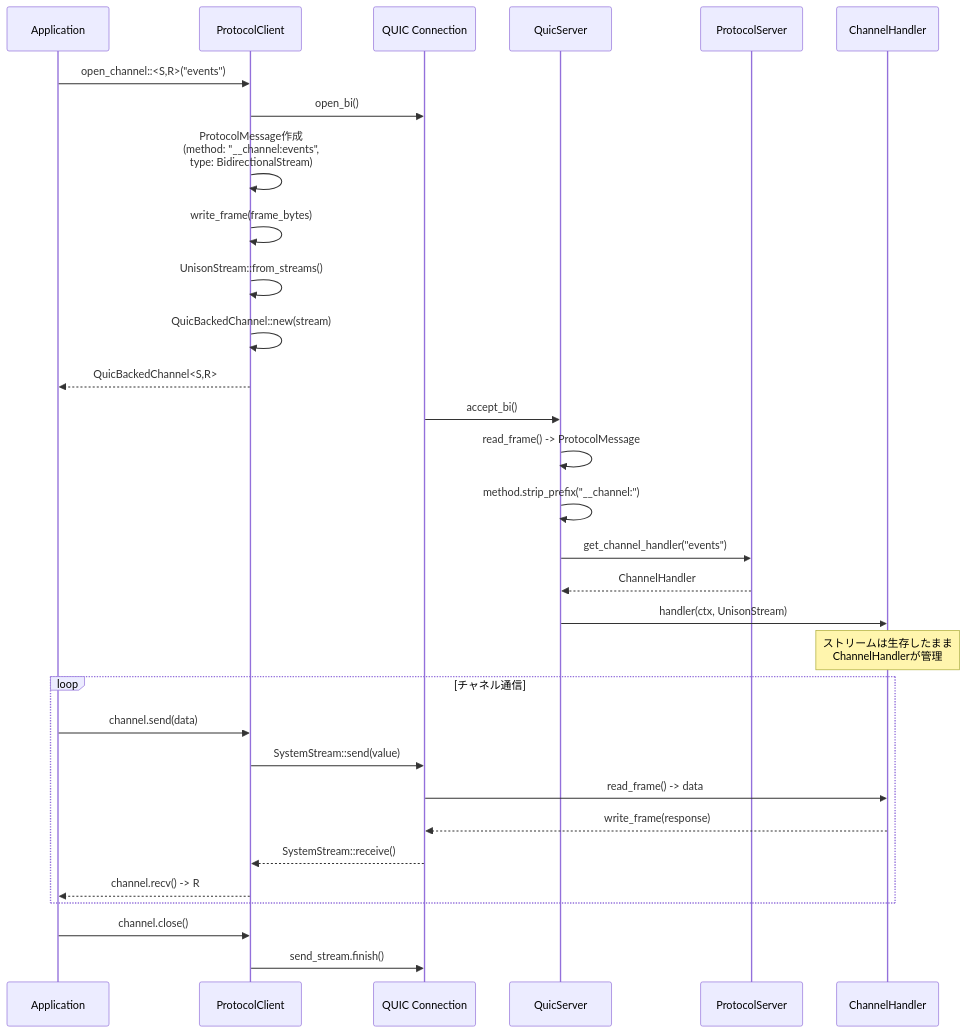
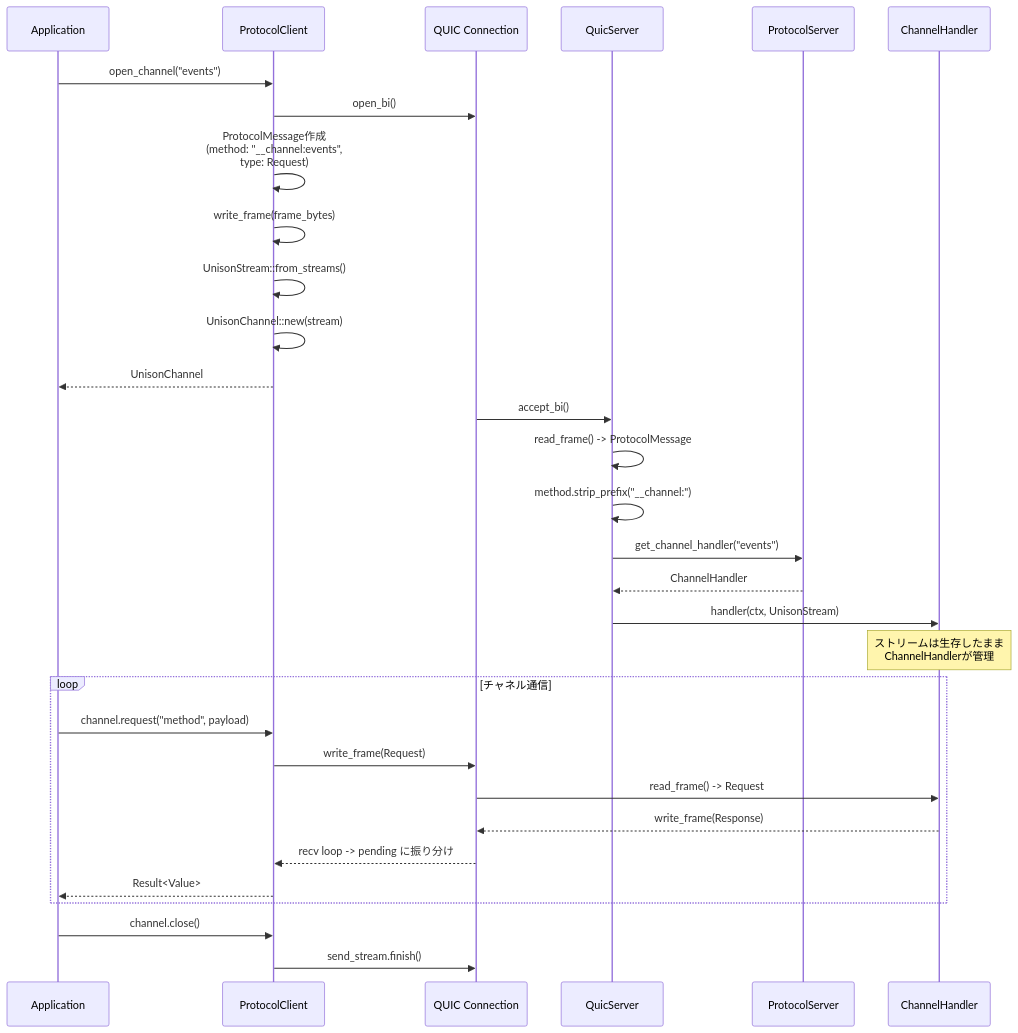
One commit to chronista-club/unison changed the third of 5 diagrams in design/architecture.md. Above: the diagram before and after it, drawn with Mermaid. The commit also changed other lines of this file and 33 other files, not shown here.

````diff
--- a/design/architecture.md
+++ b/design/architecture.md
@@ -196,39 +191,39 @@
 ```mermaid
 sequenceDiagram
     participant App as Application
     participant PC as ProtocolClient
     participant Net as QUIC Connection
     participant QS as QuicServer
     participant PS as ProtocolServer
     participant CH as ChannelHandler
 
-    App->>PC: open_channel::<S,R>("events")
+    App->>PC: open_channel("events")
 
     PC->>Net: open_bi()
-    PC->>PC: ProtocolMessage作成<br/>(method: "__channel:events",<br/>type: BidirectionalStream)
+    PC->>PC: ProtocolMessage作成<br/>(method: "__channel:events",<br/>type: Request)
     PC->>PC: write_frame(frame_bytes)
     PC->>PC: UnisonStream::from_streams()
-    PC->>PC: QuicBackedChannel::new(stream)
-    PC-->>App: QuicBackedChannel<S,R>
+    PC->>PC: UnisonChannel::new(stream)
+    PC-->>App: UnisonChannel
 
     Net->>QS: accept_bi()
     QS->>QS: read_frame() -> ProtocolMessage
     QS->>QS: method.strip_prefix("__channel:")
     QS->>PS: get_channel_handler("events")
     PS-->>QS: ChannelHandler
 
     QS->>CH: handler(ctx, UnisonStream)
     Note over CH: ストリームは生存したまま<br/>ChannelHandlerが管理
 
     loop チャネル通信
-        App->>PC: channel.send(data)
-        PC->>Net: SystemStream::send(value)
-        Net->>CH: read_frame() -> data
-        CH-->>Net: write_frame(response)
-        Net-->>PC: SystemStream::receive()
-        PC-->>App: channel.recv() -> R
+        App->>PC: channel.request("method", payload)
+        PC->>Net: write_frame(Request)
+        Net->>CH: read_frame() -> Request
+        CH-->>Net: write_frame(Response)
+        Net-->>PC: recv loop -> pending に振り分け
+        PC-->>App: Result<Value>
     end
 
     App->>PC: channel.close()
     PC->>Net: send_stream.finish()
 ```
````
